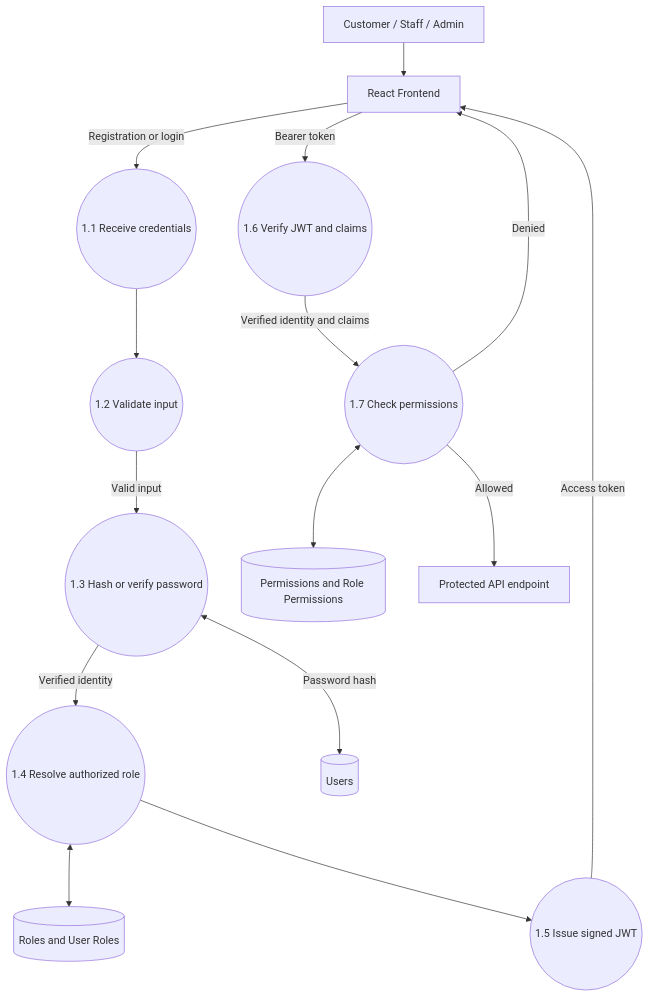
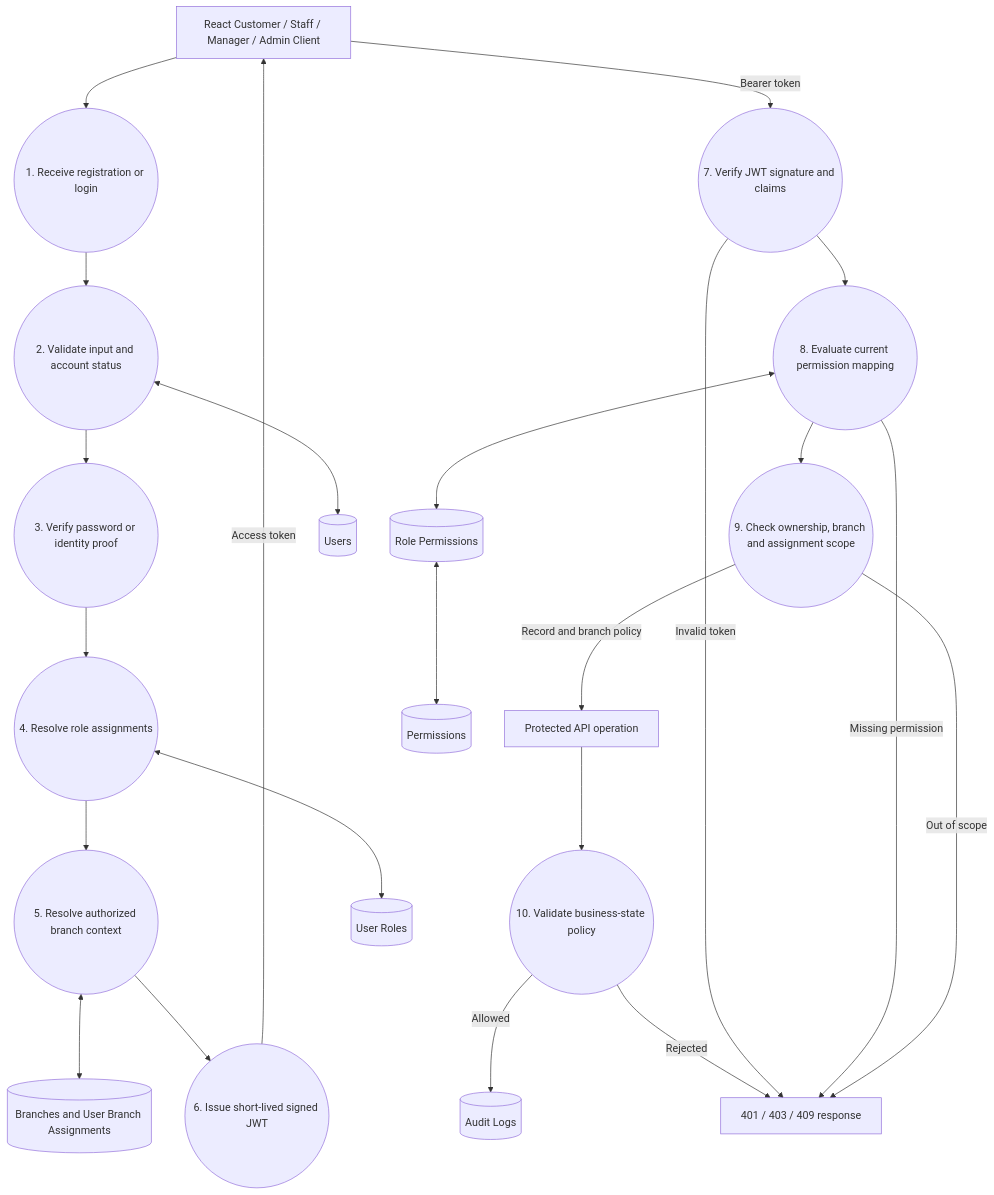
Before and after one commit to tammela-balakrishna/Mr.Biryani: the third of 8 diagrams in backend/docs/data-flow-diagrams.md, drawn with Mermaid. The commit also changed other lines of this file, not shown here.

Commit message:
docs: update backend DFDs for seven-role RBAC

````diff
--- a/backend/docs/data-flow-diagrams.md
+++ b/backend/docs/data-flow-diagrams.md
@@ -136,34 +115,44 @@
 ```mermaid
 flowchart TD
-    U[Customer / Staff / Admin]
-    UI[React Frontend]
+    CLIENT[React Customer / Staff / Manager / Admin Client]
+    LOGIN((1. Receive registration or login))
+    VALID((2. Validate input and account status))
+    HASH((3. Verify password or identity proof))
+    ROLE((4. Resolve role assignments))
+    BRANCH((5. Resolve authorized branch context))
+    TOKEN((6. Issue short-lived signed JWT))
+    VERIFY((7. Verify JWT signature and claims))
+    PERM((8. Evaluate current permission mapping))
+    SCOPE((9. Check ownership, branch and assignment scope))
+    POLICY((10. Validate business-state policy))
+    API[Protected API operation]
+    DENY[401 / 403 / 409 response]
+    U[(Users)]
+    UR[(User Roles)]
+    RP[(Role Permissions)]
+    P[(Permissions)]
+    B[(Branches and User Branch Assignments)]
+    AUDIT[(Audit Logs)]
 
-    P1((1.1 Receive credentials))
-    P2((1.2 Validate input))
-    P3((1.3 Hash or verify password))
-    P4((1.4 Resolve authorized role))
-    P5((1.5 Issue signed JWT))
-    P6((1.6 Verify JWT and claims))
-    P7((1.7 Check permissions))
-
-    D1[(Users)]
-    D2[(Roles and User Roles)]
-    D3[(Permissions and Role Permissions)]
-    API[Protected API endpoint]
-
-    U --> UI
-    UI -->|Registration or login| P1
-    P1 --> P2
-    P2 -->|Valid input| P3
-    P3 <-->|Password hash| D1
-    P3 -->|Verified identity| P4
-    P4 <--> D2
-    P4 --> P5
-    P5 -->|Access token| UI
-
-    UI -->|Bearer token| P6
-    P6 -->|Verified identity and claims| P7
-    P7 <--> D3
-    P7 -->|Allowed| API
-    P7 -->|Denied| UI
+    CLIENT --> LOGIN --> VALID
+    VALID <--> U
+    VALID --> HASH
+    HASH --> ROLE
+    ROLE <--> UR
+    ROLE --> BRANCH
+    BRANCH <--> B
+    BRANCH --> TOKEN
+    TOKEN -->|Access token| CLIENT
+    CLIENT -->|Bearer token| VERIFY
+    VERIFY --> PERM
+    PERM <--> RP
+    RP <--> P
+    PERM --> SCOPE
+    SCOPE -->|Record and branch policy| API
+    API --> POLICY
+    POLICY -->|Allowed| AUDIT
+    POLICY -->|Rejected| DENY
+    VERIFY -->|Invalid token| DENY
+    PERM -->|Missing permission| DENY
+    SCOPE -->|Out of scope| DENY
 ```
````
